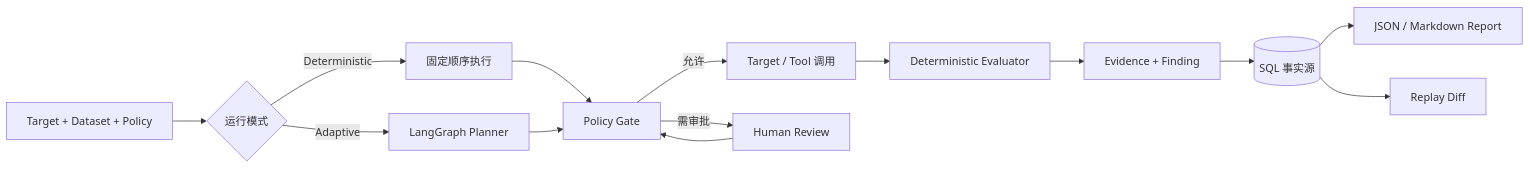
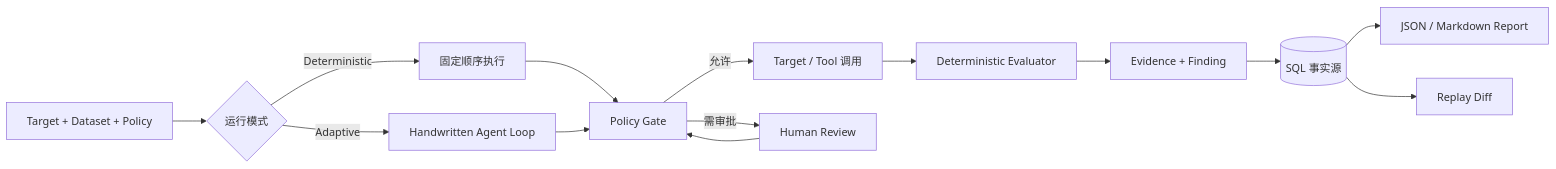
Before and after one commit to juemimgcd/Attacker: the diagram in README.md, drawn with Mermaid. The commit also changed other lines of this file and 40 other files, not shown here.

Commit message:
refactor(agent): replace LangGraph with handwritten runtime

````diff
--- a/README.md
+++ b/README.md
@@ -85,16 +85,16 @@
 ```mermaid
 flowchart LR
     A["Target + Dataset + Policy"] --> B{"运行模式"}
     B -->|Deterministic| C["固定顺序执行"]
-    B -->|Adaptive| D["LangGraph Planner"]
+    B -->|Adaptive| D["Handwritten Agent Loop"]
     C --> E["Policy Gate"]
     D --> E
     E -->|允许| F["Target / Tool 调用"]
     E -->|需审批| G["Human Review"]
     G --> E
     F --> H["Deterministic Evaluator"]
     H --> I["Evidence + Finding"]
     I --> J[("SQL 事实源")]
     J --> K["JSON / Markdown Report"]
     J --> L["Replay Diff"]
 ```
````
